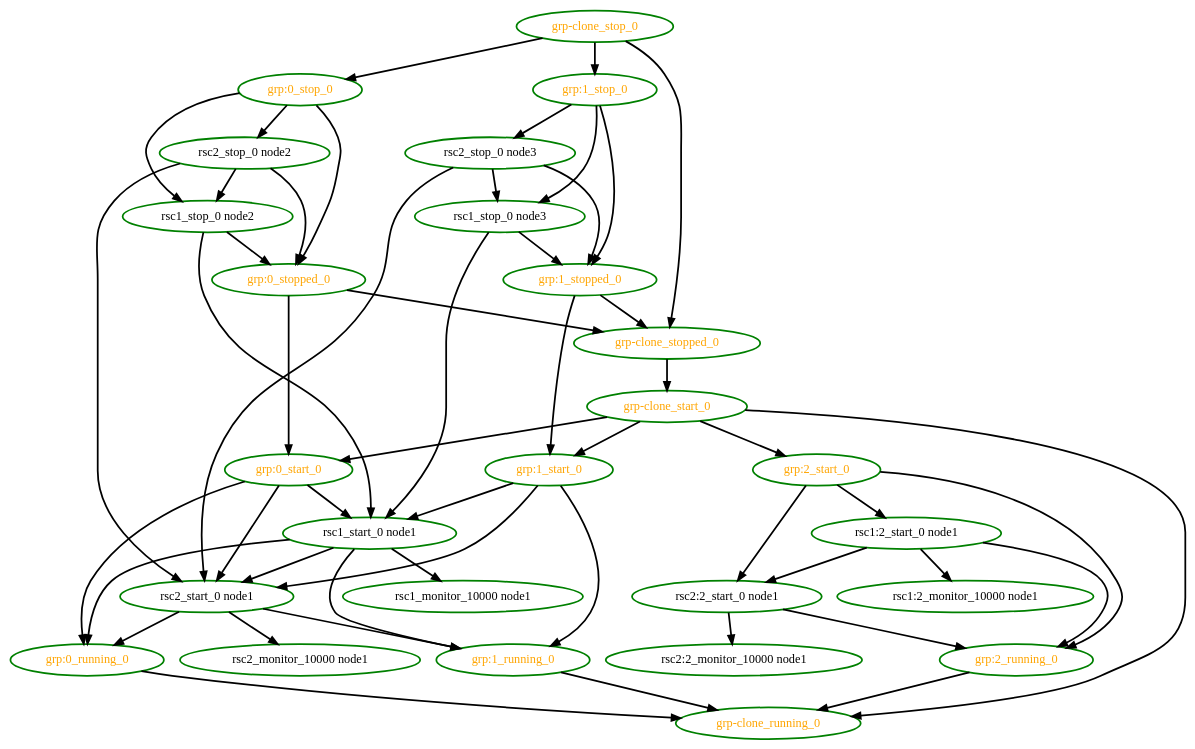
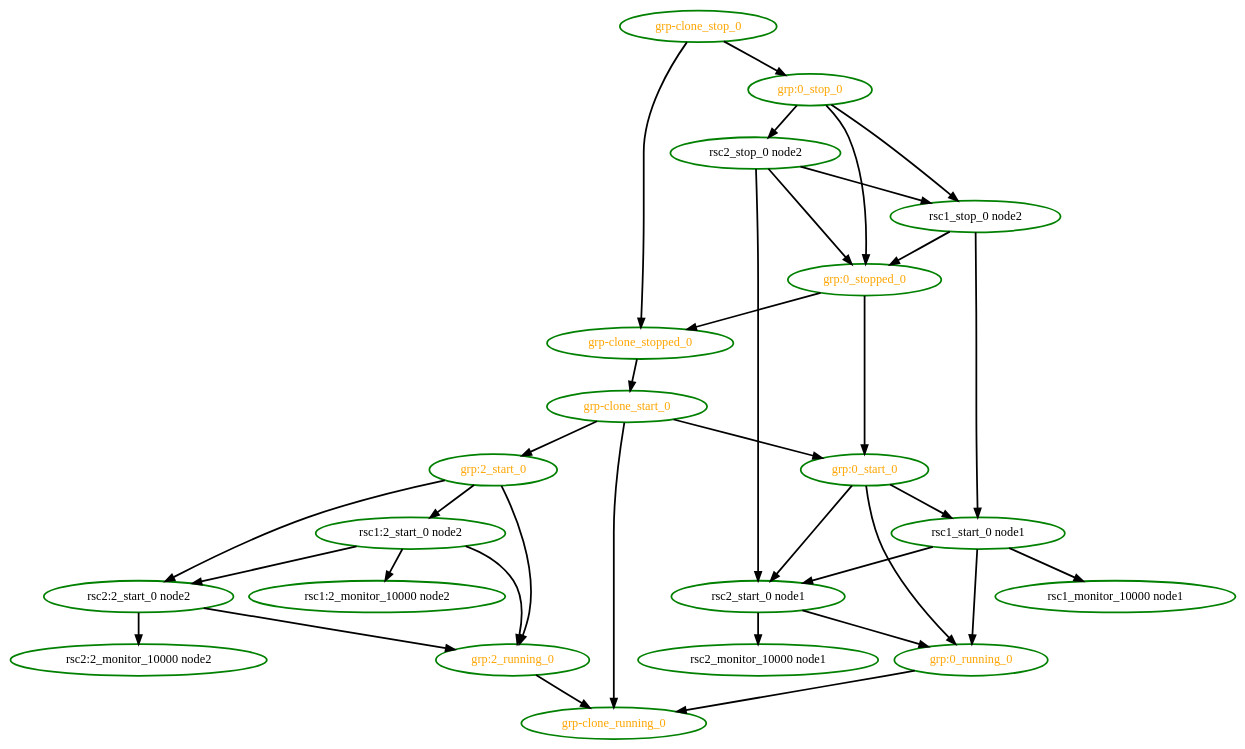
The diagram in cts/scheduler/dot/clone-recover-no-shuffle-5.dot (ClusterLabs/pacemaker), drawn with Graphviz before and after one commit. The commit also changed 4 other files, not shown here.

First line of the commit message:
Test: scheduler: Update tests for cloned group clone-node-max fix

```diff
--- a/cts/scheduler/dot/clone-recover-no-shuffle-5.dot
+++ b/cts/scheduler/dot/clone-recover-no-shuffle-5.dot
@@ -1,80 +1,56 @@
  digraph "g" {
 "grp-clone_running_0" [ style=bold color="green" fontcolor="orange"]
 "grp-clone_start_0" -> "grp-clone_running_0" [ style = bold]
 "grp-clone_start_0" -> "grp:0_start_0" [ style = bold]
-"grp-clone_start_0" -> "grp:1_start_0" [ style = bold]
 "grp-clone_start_0" -> "grp:2_start_0" [ style = bold]
 "grp-clone_start_0" [ style=bold color="green" fontcolor="orange"]
 "grp-clone_stop_0" -> "grp-clone_stopped_0" [ style = bold]
 "grp-clone_stop_0" -> "grp:0_stop_0" [ style = bold]
-"grp-clone_stop_0" -> "grp:1_stop_0" [ style = bold]
 "grp-clone_stop_0" [ style=bold color="green" fontcolor="orange"]
 "grp-clone_stopped_0" -> "grp-clone_start_0" [ style = bold]
 "grp-clone_stopped_0" [ style=bold color="green" fontcolor="orange"]
 "grp:0_running_0" -> "grp-clone_running_0" [ style = bold]
 "grp:0_running_0" [ style=bold color="green" fontcolor="orange"]
 "grp:0_start_0" -> "grp:0_running_0" [ style = bold]
 "grp:0_start_0" -> "rsc1_start_0 node1" [ style = bold]
 "grp:0_start_0" -> "rsc2_start_0 node1" [ style = bold]
 "grp:0_start_0" [ style=bold color="green" fontcolor="orange"]
 "grp:0_stop_0" -> "grp:0_stopped_0" [ style = bold]
 "grp:0_stop_0" -> "rsc1_stop_0 node2" [ style = bold]
 "grp:0_stop_0" -> "rsc2_stop_0 node2" [ style = bold]
 "grp:0_stop_0" [ style=bold color="green" fontcolor="orange"]
 "grp:0_stopped_0" -> "grp-clone_stopped_0" [ style = bold]
 "grp:0_stopped_0" -> "grp:0_start_0" [ style = bold]
 "grp:0_stopped_0" [ style=bold color="green" fontcolor="orange"]
-"grp:1_running_0" -> "grp-clone_running_0" [ style = bold]
-"grp:1_running_0" [ style=bold color="green" fontcolor="orange"]
-"grp:1_start_0" -> "grp:1_running_0" [ style = bold]
-"grp:1_start_0" -> "rsc1_start_0 node1" [ style = bold]
-"grp:1_start_0" -> "rsc2_start_0 node1" [ style = bold]
-"grp:1_start_0" [ style=bold color="green" fontcolor="orange"]
-"grp:1_stop_0" -> "grp:1_stopped_0" [ style = bold]
-"grp:1_stop_0" -> "rsc1_stop_0 node3" [ style = bold]
-"grp:1_stop_0" -> "rsc2_stop_0 node3" [ style = bold]
-"grp:1_stop_0" [ style=bold color="green" fontcolor="orange"]
-"grp:1_stopped_0" -> "grp-clone_stopped_0" [ style = bold]
-"grp:1_stopped_0" -> "grp:1_start_0" [ style = bold]
-"grp:1_stopped_0" [ style=bold color="green" fontcolor="orange"]
 "grp:2_running_0" -> "grp-clone_running_0" [ style = bold]
 "grp:2_running_0" [ style=bold color="green" fontcolor="orange"]
 "grp:2_start_0" -> "grp:2_running_0" [ style = bold]
-"grp:2_start_0" -> "rsc1:2_start_0 node1" [ style = bold]
-"grp:2_start_0" -> "rsc2:2_start_0 node1" [ style = bold]
+"grp:2_start_0" -> "rsc1:2_start_0 node2" [ style = bold]
+"grp:2_start_0" -> "rsc2:2_start_0 node2" [ style = bold]
 "grp:2_start_0" [ style=bold color="green" fontcolor="orange"]
-"rsc1:2_monitor_10000 node1" [ style=bold color="green" fontcolor="black"]
-"rsc1:2_start_0 node1" -> "grp:2_running_0" [ style = bold]
-"rsc1:2_start_0 node1" -> "rsc1:2_monitor_10000 node1" [ style = bold]
-"rsc1:2_start_0 node1" -> "rsc2:2_start_0 node1" [ style = bold]
-"rsc1:2_start_0 node1" [ style=bold color="green" fontcolor="black"]
+"rsc1:2_monitor_10000 node2" [ style=bold color="green" fontcolor="black"]
+"rsc1:2_start_0 node2" -> "grp:2_running_0" [ style = bold]
+"rsc1:2_start_0 node2" -> "rsc1:2_monitor_10000 node2" [ style = bold]
+"rsc1:2_start_0 node2" -> "rsc2:2_start_0 node2" [ style = bold]
+"rsc1:2_start_0 node2" [ style=bold color="green" fontcolor="black"]
 "rsc1_monitor_10000 node1" [ style=bold color="green" fontcolor="black"]
 "rsc1_start_0 node1" -> "grp:0_running_0" [ style = bold]
-"rsc1_start_0 node1" -> "grp:1_running_0" [ style = bold]
 "rsc1_start_0 node1" -> "rsc1_monitor_10000 node1" [ style = bold]
 "rsc1_start_0 node1" -> "rsc2_start_0 node1" [ style = bold]
 "rsc1_start_0 node1" [ style=bold color="green" fontcolor="black"]
 "rsc1_stop_0 node2" -> "grp:0_stopped_0" [ style = bold]
 "rsc1_stop_0 node2" -> "rsc1_start_0 node1" [ style = bold]
 "rsc1_stop_0 node2" [ style=bold color="green" fontcolor="black"]
-"rsc1_stop_0 node3" -> "grp:1_stopped_0" [ style = bold]
-"rsc1_stop_0 node3" -> "rsc1_start_0 node1" [ style = bold]
-"rsc1_stop_0 node3" [ style=bold color="green" fontcolor="black"]
-"rsc2:2_monitor_10000 node1" [ style=bold color="green" fontcolor="black"]
-"rsc2:2_start_0 node1" -> "grp:2_running_0" [ style = bold]
-"rsc2:2_start_0 node1" -> "rsc2:2_monitor_10000 node1" [ style = bold]
-"rsc2:2_start_0 node1" [ style=bold color="green" fontcolor="black"]
+"rsc2:2_monitor_10000 node2" [ style=bold color="green" fontcolor="black"]
+"rsc2:2_start_0 node2" -> "grp:2_running_0" [ style = bold]
+"rsc2:2_start_0 node2" -> "rsc2:2_monitor_10000 node2" [ style = bold]
+"rsc2:2_start_0 node2" [ style=bold color="green" fontcolor="black"]
 "rsc2_monitor_10000 node1" [ style=bold color="green" fontcolor="black"]
 "rsc2_start_0 node1" -> "grp:0_running_0" [ style = bold]
-"rsc2_start_0 node1" -> "grp:1_running_0" [ style = bold]
 "rsc2_start_0 node1" -> "rsc2_monitor_10000 node1" [ style = bold]
 "rsc2_start_0 node1" [ style=bold color="green" fontcolor="black"]
 "rsc2_stop_0 node2" -> "grp:0_stopped_0" [ style = bold]
 "rsc2_stop_0 node2" -> "rsc1_stop_0 node2" [ style = bold]
 "rsc2_stop_0 node2" -> "rsc2_start_0 node1" [ style = bold]
 "rsc2_stop_0 node2" [ style=bold color="green" fontcolor="black"]
-"rsc2_stop_0 node3" -> "grp:1_stopped_0" [ style = bold]
-"rsc2_stop_0 node3" -> "rsc1_stop_0 node3" [ style = bold]
-"rsc2_stop_0 node3" -> "rsc2_start_0 node1" [ style = bold]
-"rsc2_stop_0 node3" [ style=bold color="green" fontcolor="black"]
 }
```
